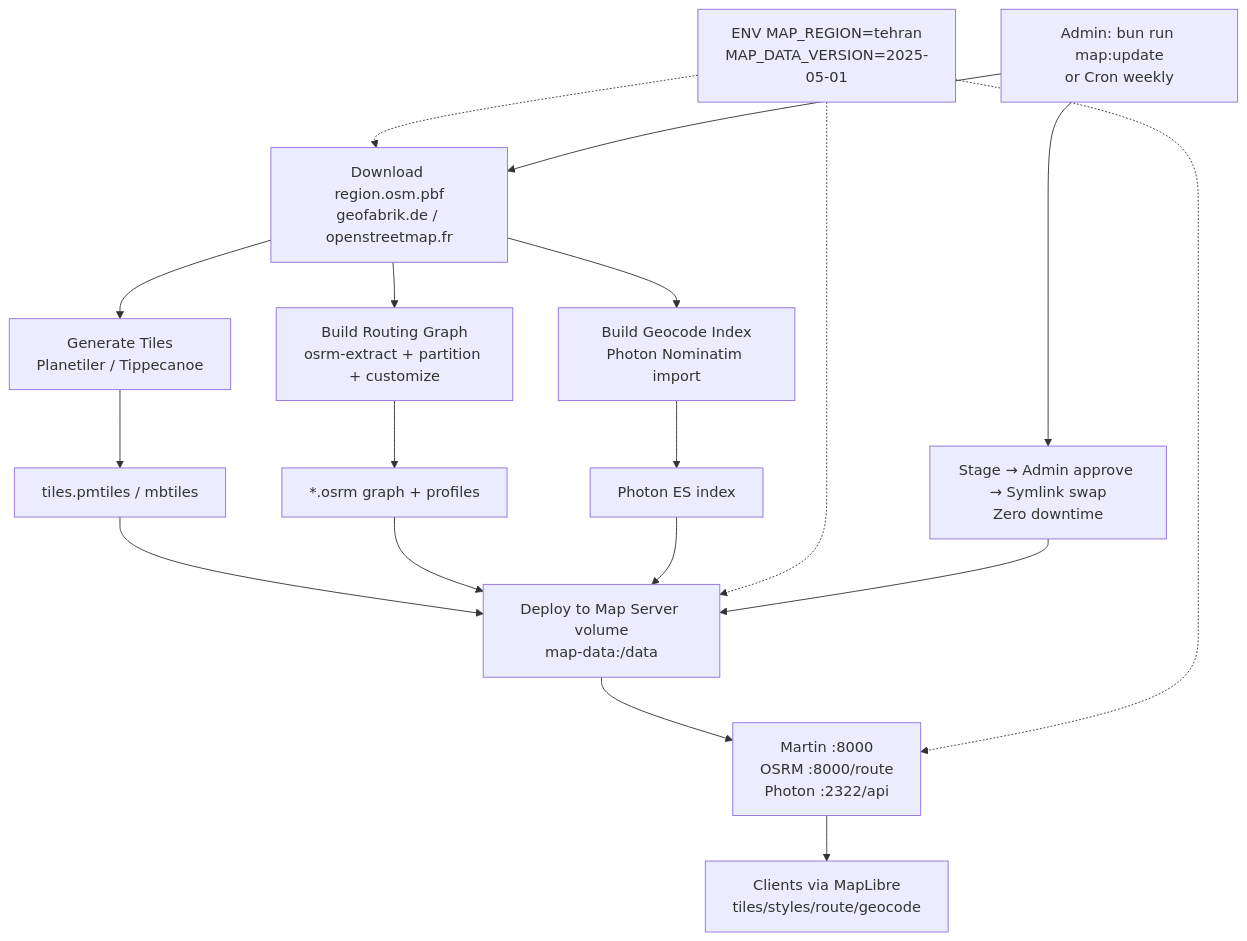
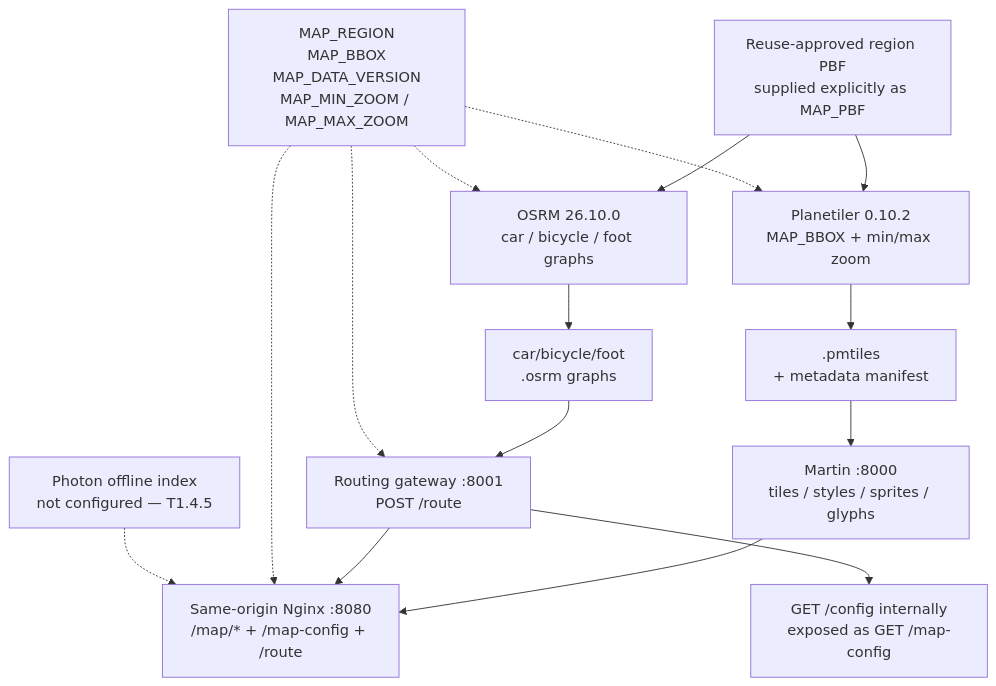
Before and after one commit to komeilm76/borobiya: the first of 3 diagrams in docs/DIAGRAMS/MAP_PIPELINE.md, drawn with Mermaid. The commit also changed other lines of this file and 32 other files, not shown here.

````diff
--- a/docs/DIAGRAMS/MAP_PIPELINE.md
+++ b/docs/DIAGRAMS/MAP_PIPELINE.md
@@ -9,17 +9,15 @@
 ```mermaid
 flowchart TD
-  A[Download region.osm.pbf<br/>geofabrik.de / openstreetmap.fr]
-  A --> B1[Generate Tiles<br/>Planetiler / Tippecanoe]
-  A --> B2[Build Routing Graph<br/>osrm-extract + partition + customize]
-  A --> B3[Build Geocode Index<br/>Photon Nominatim import]
-  B1 --> C[tiles.pmtiles / mbtiles]
-  B2 --> D[*.osrm graph + profiles]
-  B3 --> E[Photon ES index]
-  C & D & E --> F[Deploy to Map Server volume<br/>map-data:/data]
-  F --> G[Martin :8000<br/>OSRM :8000/route<br/>Photon :2322/api]
-  G --> H[Clients via MapLibre<br/>tiles/styles/route/geocode]
-  I[ENV MAP_REGION=tehran<br/>MAP_DATA_VERSION=2025-05-01] -.-> A & F & G
-  J[Admin: bun run map:update<br/>or Cron weekly] --> A
-  J --> K[Stage → Admin approve → Symlink swap<br/>Zero downtime]
-  K --> F
+  A[Reuse-approved region PBF<br/>supplied explicitly as MAP_PBF]
+  A --> B1[Planetiler 0.10.2<br/>MAP_BBOX + min/max zoom]
+  A --> B2[OSRM 26.10.0<br/>car / bicycle / foot graphs]
+  B1 --> C[<region>.pmtiles<br/>+ metadata manifest]
+  B2 --> D[car/bicycle/foot<br/><region>.osrm graphs]
+  C --> E[Martin :8000<br/>tiles / styles / sprites / glyphs]
+  D --> F[Routing gateway :8001<br/>POST /route]
+  E --> G[Same-origin Nginx :8080<br/>/map/* + /map-config + /route]
+  F --> G
+  H[MAP_REGION<br/>MAP_BBOX<br/>MAP_DATA_VERSION<br/>MAP_MIN_ZOOM / MAP_MAX_ZOOM] -.-> B1 & B2 & F & G
+  F --> I[GET /config internally<br/>exposed as GET /map-config]
+  J[Photon offline index<br/>not configured — T1.4.5] -.-> G
 ```
````
